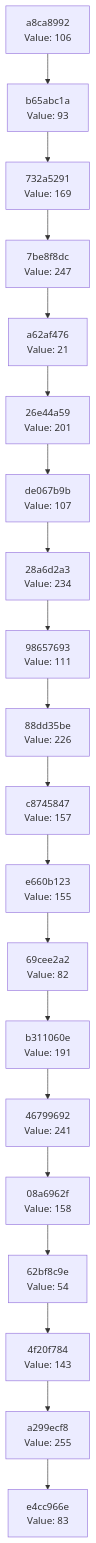
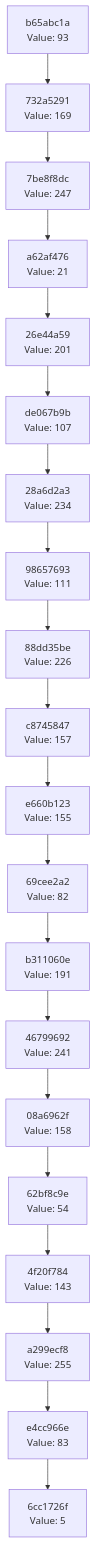
Before and after one commit to Abhisheksinha1506/hash-chain-evolver: the diagram in docs/CHAIN_VISUALIZATION.md, drawn with Mermaid. The commit also changed 1 other file, not shown here.

Commit message:
Evolution Step

````diff
--- a/docs/CHAIN_VISUALIZATION.md
+++ b/docs/CHAIN_VISUALIZATION.md
@@ -3,42 +3,42 @@
 ```mermaid
 graph TD
-    C0["e4cc966e<br/>Value: 83"]
-    C1["a299ecf8<br/>Value: 255"]
+    C0["6cc1726f<br/>Value: 5"]
+    C1["e4cc966e<br/>Value: 83"]
     C1 --> C0
-    C2["4f20f784<br/>Value: 143"]
+    C2["a299ecf8<br/>Value: 255"]
     C2 --> C1
-    C3["62bf8c9e<br/>Value: 54"]
+    C3["4f20f784<br/>Value: 143"]
     C3 --> C2
-    C4["08a6962f<br/>Value: 158"]
+    C4["62bf8c9e<br/>Value: 54"]
     C4 --> C3
-    C5["46799692<br/>Value: 241"]
+    C5["08a6962f<br/>Value: 158"]
     C5 --> C4
-    C6["b311060e<br/>Value: 191"]
+    C6["46799692<br/>Value: 241"]
     C6 --> C5
-    C7["69cee2a2<br/>Value: 82"]
+    C7["b311060e<br/>Value: 191"]
     C7 --> C6
-    C8["e660b123<br/>Value: 155"]
+    C8["69cee2a2<br/>Value: 82"]
     C8 --> C7
-    C9["c8745847<br/>Value: 157"]
+    C9["e660b123<br/>Value: 155"]
     C9 --> C8
-    C10["88dd35be<br/>Value: 226"]
+    C10["c8745847<br/>Value: 157"]
     C10 --> C9
-    C11["98657693<br/>Value: 111"]
+    C11["88dd35be<br/>Value: 226"]
     C11 --> C10
-    C12["28a6d2a3<br/>Value: 234"]
+    C12["98657693<br/>Value: 111"]
     C12 --> C11
-    C13["de067b9b<br/>Value: 107"]
+    C13["28a6d2a3<br/>Value: 234"]
     C13 --> C12
-    C14["26e44a59<br/>Value: 201"]
+    C14["de067b9b<br/>Value: 107"]
     C14 --> C13
-    C15["a62af476<br/>Value: 21"]
+    C15["26e44a59<br/>Value: 201"]
     C15 --> C14
-    C16["7be8f8dc<br/>Value: 247"]
+    C16["a62af476<br/>Value: 21"]
     C16 --> C15
-    C17["732a5291<br/>Value: 169"]
+    C17["7be8f8dc<br/>Value: 247"]
     C17 --> C16
-    C18["b65abc1a<br/>Value: 93"]
+    C18["732a5291<br/>Value: 169"]
     C18 --> C17
-    C19["a8ca8992<br/>Value: 106"]
+    C19["b65abc1a<br/>Value: 93"]
     C19 --> C18
 ```
````
